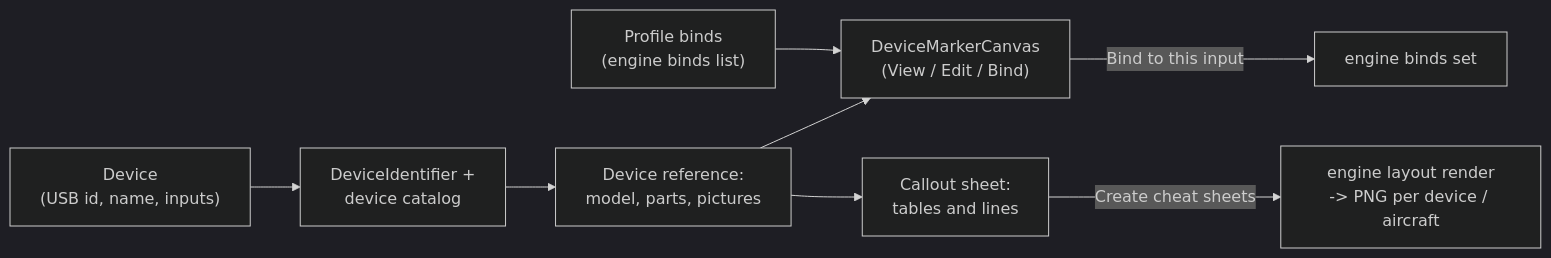
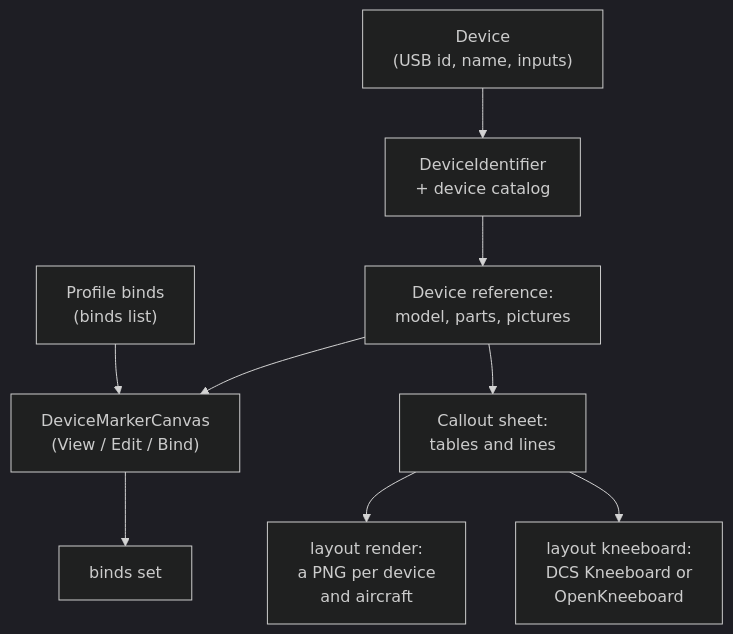
The diagram in website/content/gui/layout.md (Holdi601/JoystickProfiler2), drawn with Mermaid (dark theme) before and after one commit. The commit also changed other lines of this file and 718 other files, not shown here.

````diff
--- a/website/content/gui/layout.md
+++ b/website/content/gui/layout.md
@@ -133,10 +161,12 @@
 ```mermaid
-flowchart LR
-  D["Device<br/>(USB id, name, inputs)"] --> I["DeviceIdentifier +<br/>device catalog"]
+flowchart TD
+  D["Device<br/>(USB id, name, inputs)"] --> I["DeviceIdentifier<br/>+ device catalog"]
   I --> R["Device reference:<br/>model, parts, pictures"]
   R --> C["DeviceMarkerCanvas<br/>(View / Edit / Bind)"]
-  P["Profile binds<br/>(engine binds list)"] --> C
-  C -->|"Bind to this input"| B["engine binds set"]
+  P["Profile binds<br/>(binds list)"] --> C
+  C --> B["binds set"]
   R --> S["Callout sheet:<br/>tables and lines"]
-  S -->|"Create cheat sheets"| L["engine layout render<br/>-> PNG per device / aircraft"]
+  S --> L["layout render:<br/>a PNG per device<br/>and aircraft"]
+  S --> K["layout kneeboard:<br/>DCS Kneeboard or<br/>OpenKneeboard"]
+%% caption: From a connected device to its picture, a bind, the cheat sheets and the kneeboard pages.
 ```
````
